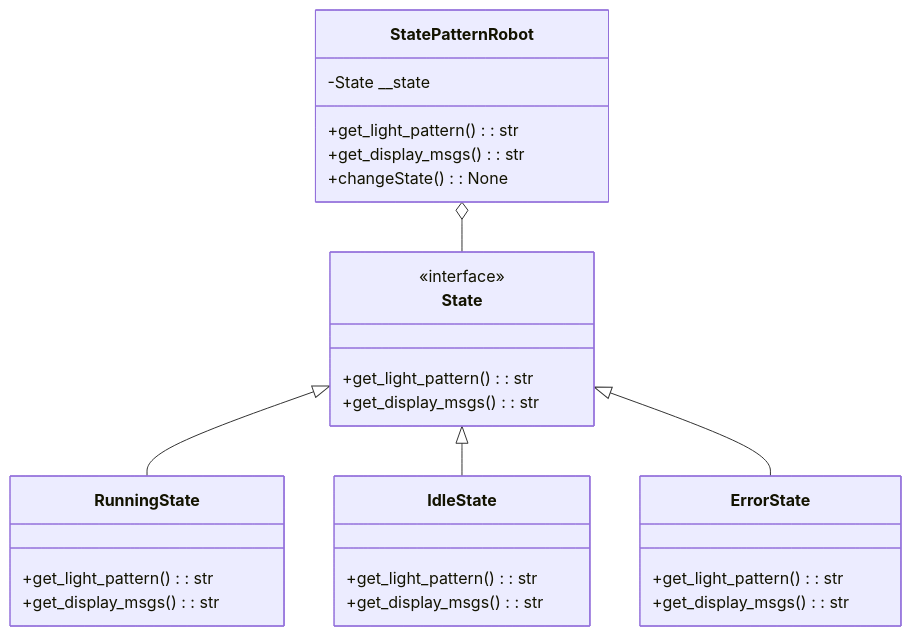
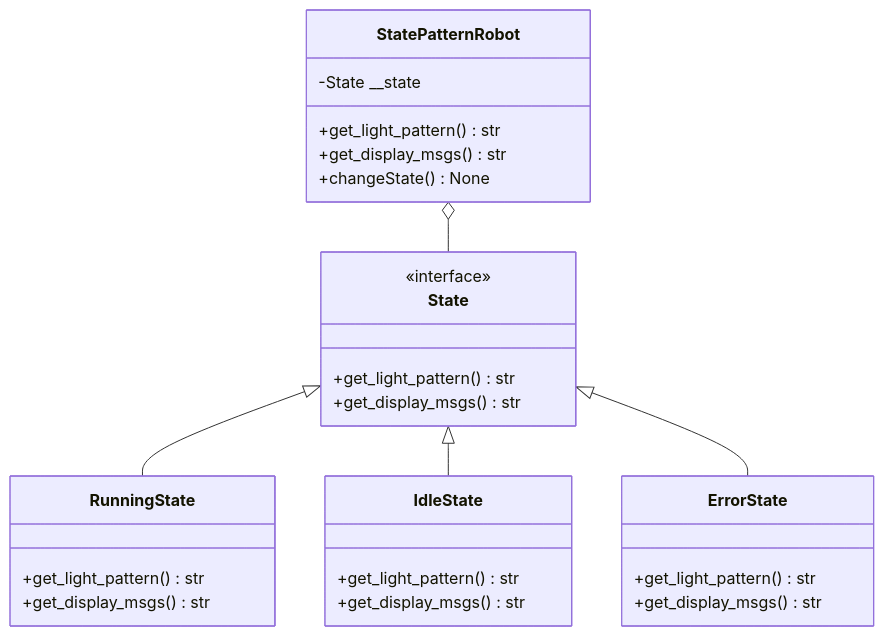
The diagram in 19_State/readme.md (raucha/design-pattern-python), drawn with Mermaid before and after one commit.

````diff
--- a/19_State/readme.md
+++ b/19_State/readme.md
@@ -5,35 +5,35 @@
 ```mermaid
 classDiagram
 class StatePatternRobot{
   -State __state
-  +get_light_pattern(): str
-  +get_display_msgs(): str
-  +changeState(): None
+  +get_light_pattern() str
+  +get_display_msgs() str
+  +changeState() None
 }
 
 class State{
   <<interface>>
-  +get_light_pattern(): str
-  +get_display_msgs(): str
+  +get_light_pattern() str
+  +get_display_msgs() str
 }
 
 class IdleState{
-  +get_light_pattern(): str
-  +get_display_msgs(): str
+  +get_light_pattern() str
+  +get_display_msgs() str
 }
 
 class ErrorState{
-  +get_light_pattern(): str
-  +get_display_msgs(): str
+  +get_light_pattern() str
+  +get_display_msgs() str
 }
 
 class RunningState{
-  +get_light_pattern(): str
-  +get_display_msgs(): str
+  +get_light_pattern() str
+  +get_display_msgs() str
 }
 
 StatePatternRobot o-- State
 State <|-- RunningState
 State <|-- IdleState
 State <|-- ErrorState
 ```
````
